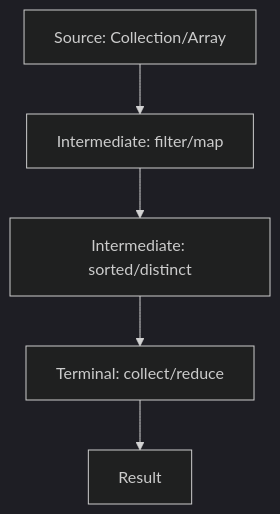
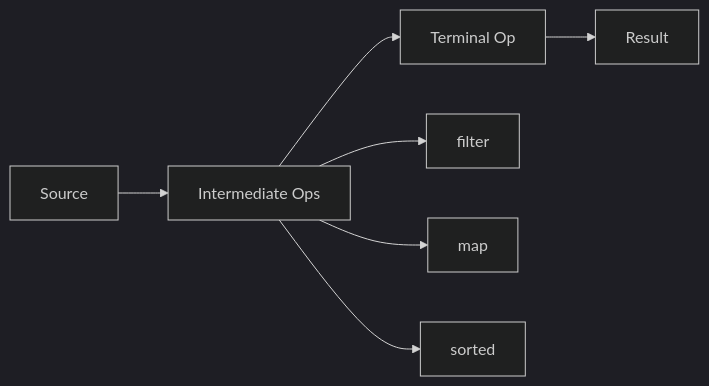
Before and after one commit to VrushankPatel/interview-matters: the diagram in java-stream-api-and-functional-programming/README.md, drawn with Mermaid (dark theme). The commit also changed other lines of this file and 4 other files, not shown here.

````diff
--- a/java-stream-api-and-functional-programming/README.md
+++ b/java-stream-api-and-functional-programming/README.md
@@ -79,7 +23,7 @@
 ```mermaid
-graph TD
-    A[Source: Collection/Array] --> B[Intermediate: filter/map]
-    B --> C[Intermediate: sorted/distinct]
-    C --> D[Terminal: collect/reduce]
-    D --> E[Result]
+graph LR
+    A[Source] --> B[Intermediate Ops] --> C[Terminal Op] --> D[Result]
+    B --> B1[filter]
+    B --> B2[map]
+    B --> B3[sorted]
 ```
````
